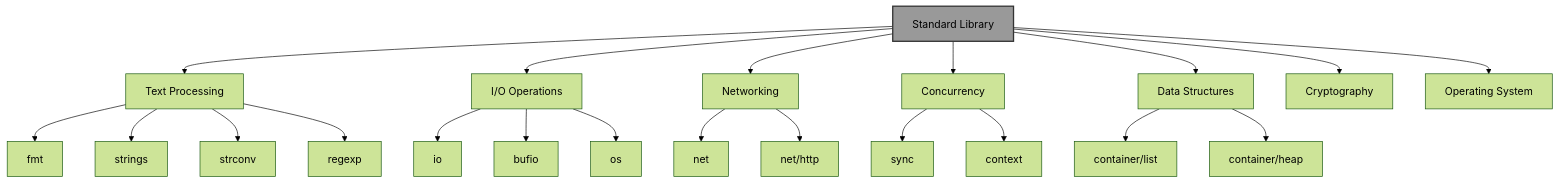
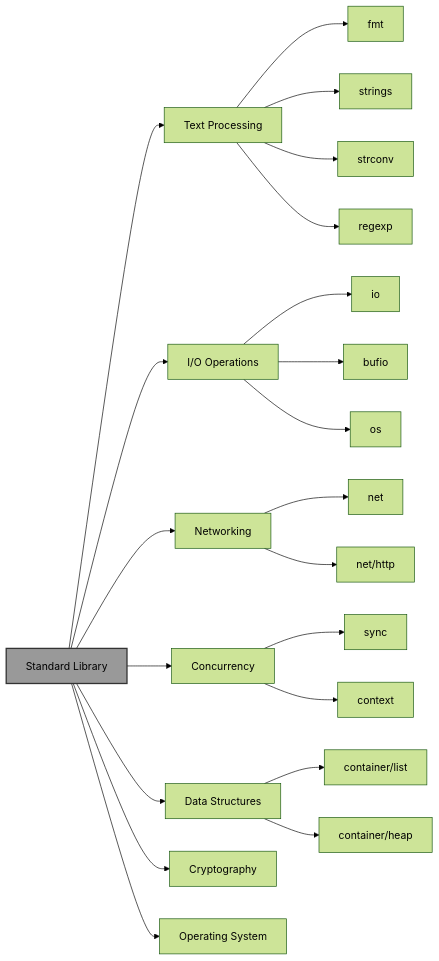
Before and after one commit to kutt27/golangdocs: the diagram in docs/1. Basics/3. Standard Library.md, drawn with Mermaid (forest theme). The commit also changed other lines of this file and 3 other files, not shown here.

````diff
--- a/docs/1. Basics/3. Standard Library.md
+++ b/docs/1. Basics/3. Standard Library.md
@@ -25,24 +25,24 @@
 ```mermaid
-graph TD
+graph LR
     A[Standard Library] --> B[Text Processing]
     A --> C[I/O Operations]
     A --> D[Networking]
     A --> E[Concurrency]
     A --> F[Data Structures]
     A --> G[Cryptography]
     A --> H[Operating System]
     B --> B1[fmt]
     B --> B2[strings]
     B --> B3[strconv]
     B --> B4[regexp]
     C --> C1[io]
     C --> C2[bufio]
     C --> C3[os]
     D --> D1[net]
     D --> D2[net/http]
     E --> E1[sync]
     E --> E2[context]
     F --> F1[container/list]
     F --> F2[container/heap]
     style A fill:#999,stroke:#333,stroke-width:2px,color:#000
 ```
````
